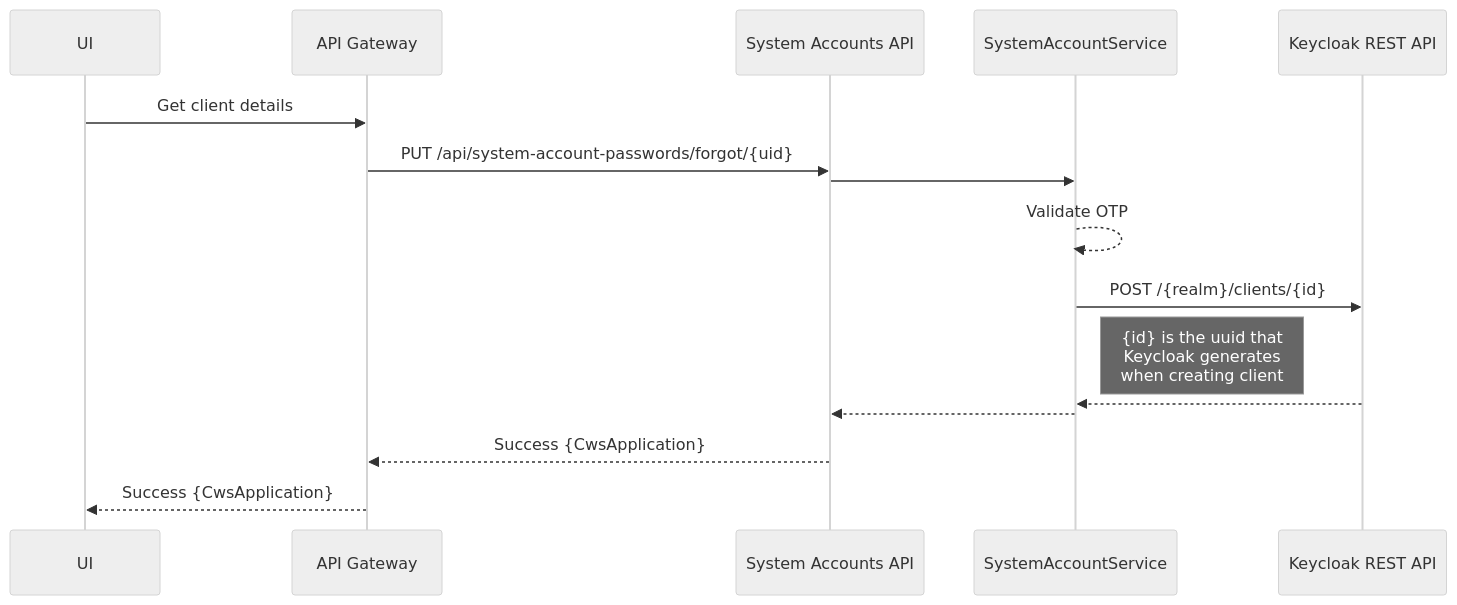
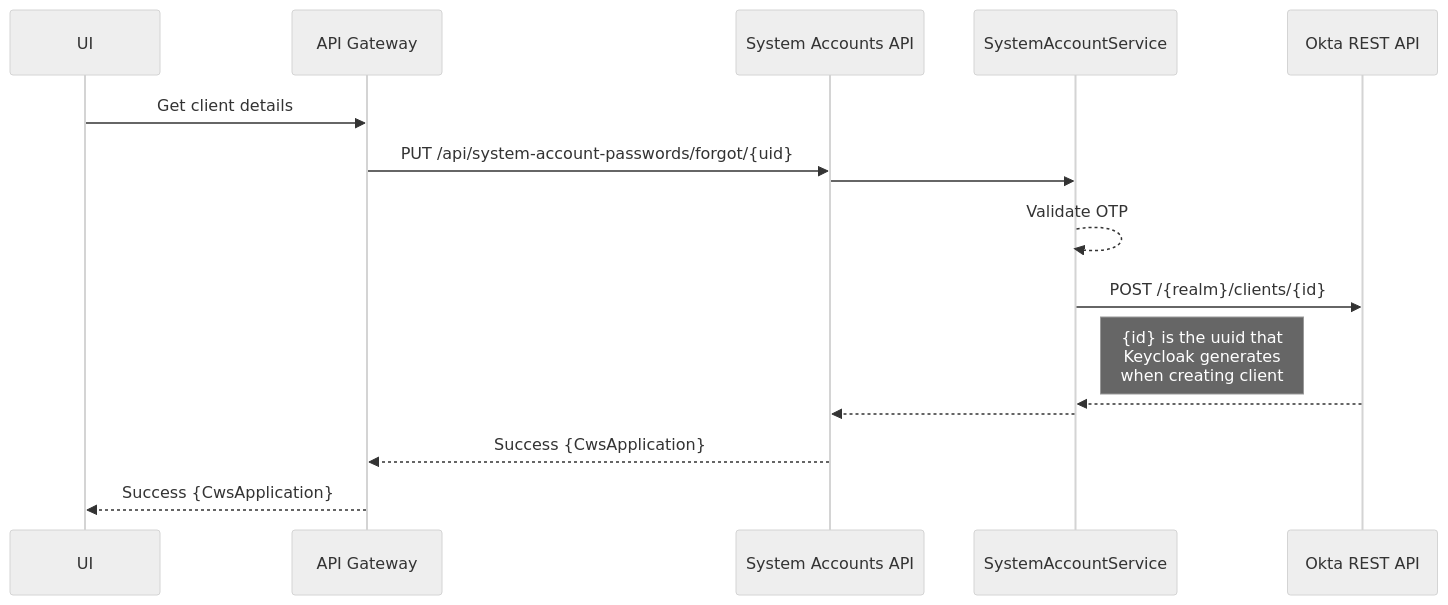
The third of 4 diagrams in README.md (venuduggireddy/slakedit), drawn with Mermaid (neutral theme) before and after one commit. The commit also changed other lines of this file, not shown here.

````diff
--- a/README.md
+++ b/README.md
@@ -119,13 +119,13 @@
 ```mermaid
 sequenceDiagram
 UI ->> API Gateway: Get client details
 API Gateway->>System Accounts API: PUT /api/system-account-passwords/forgot/{uid}
 System Accounts API ->> SystemAccountService:  
 SystemAccountService -->> SystemAccountService: Validate OTP
-SystemAccountService ->> Keycloak REST API: POST /{realm}/clients/{id}
+SystemAccountService ->> Okta REST API: POST /{realm}/clients/{id}
 Note right of SystemAccountService : {id} is the uuid that <br/>Keycloak generates <br/>when creating client
-Keycloak REST API -->> SystemAccountService: 
+Okta REST API -->> SystemAccountService: 
 SystemAccountService -->> System Accounts API: 
 System Accounts API -->> API Gateway: Success {CwsApplication}
 API Gateway -->> UI: Success {CwsApplication}
 ```
````
